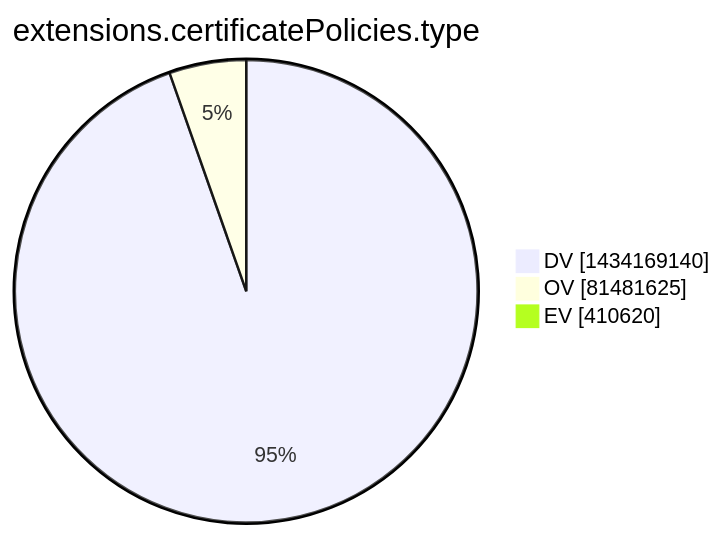
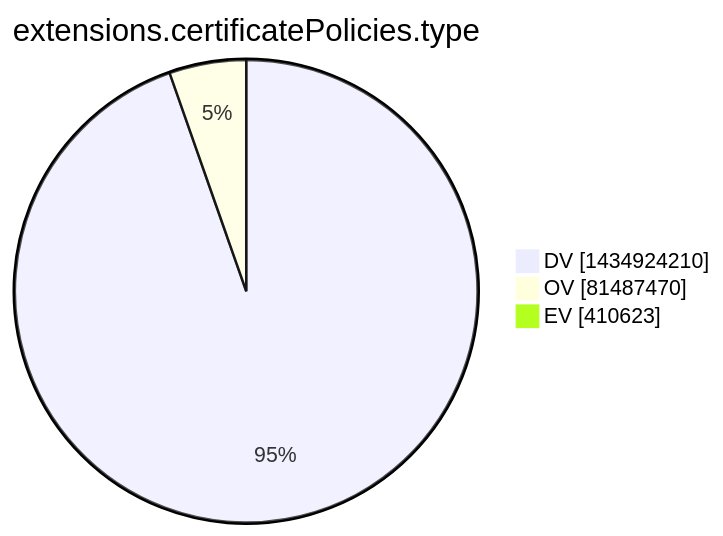
The tenth of 15 diagrams in xenon2022/README.md (christiankrug/ctmonitor_visualization), drawn with Mermaid before and after one commit. The commit also changed other lines of this file, not shown here.

````diff
--- a/xenon2022/README.md
+++ b/xenon2022/README.md
@@ -2867,7 +2867,7 @@
 ```mermaid
 pie showData
 title extensions.certificatePolicies.type
-"DV" :1434169140
-"OV" :81481625
-"EV" :410620
+"DV" :1434924210
+"OV" :81487470
+"EV" :410623
 ```
````
